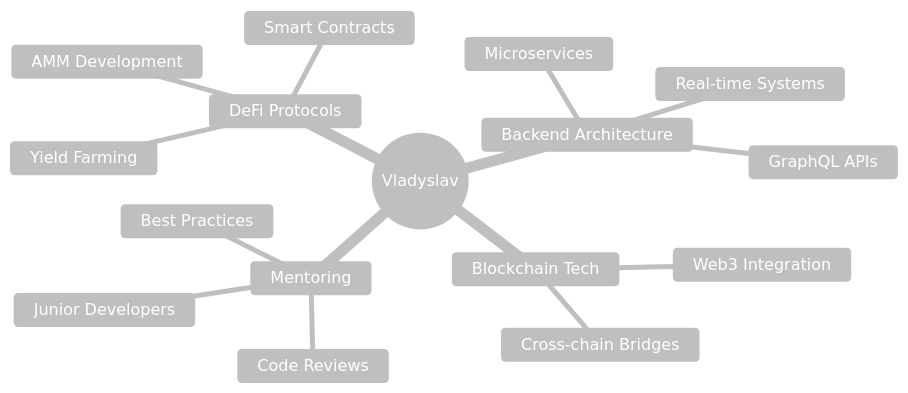
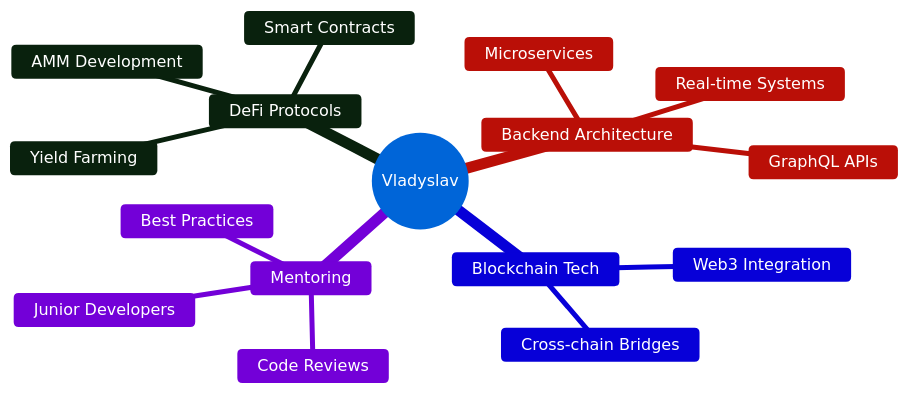
The diagram in README.md (Aciila/Aciila), drawn with Mermaid before and after one commit.

````diff
--- a/README.md
+++ b/README.md
@@ -111,20 +111,20 @@
 ```mermaid
-%%{init: {'theme':'base', 'themeVariables': { 'primaryColor': '#ffffff', 'primaryTextColor': '#ffffff', 'primaryBorderColor': '#ffffff', 'lineColor': '#ffffff', 'sectionBkgColor': '#1a1a1a', 'altSectionBkgColor': '#2a2a2a', 'gridColor': '#ffffff', 'textColor': '#ffffff', 'secondaryColor': '#ffffff', 'tertiaryColor': '#ffffff', 'background': '#0d1117', 'secondaryTextColor': '#ffffff'}}}%%
+%%{init: {'theme':'base', 'themeVariables': { 'primaryColor': '#58a6ff', 'primaryTextColor': '#ffffff', 'primaryBorderColor': '#30363d', 'lineColor': '#58a6ff', 'sectionBkgColor': '#21262d', 'altSectionBkgColor': '#30363d', 'gridColor': '#58a6ff', 'textColor': '#ffffff', 'secondaryColor': '#238636', 'tertiaryColor': '#f85149', 'background': '#0d1117', 'secondaryTextColor': '#ffffff', 'mainBkg': '#21262d', 'secondBkg': '#30363d', 'tertiaryBkg': '#161b22'}}}%%
 mindmap
   root((Vladyslav))
     DeFi Protocols
       Smart Contracts
       Yield Farming
       AMM Development
     Backend Architecture
       Microservices
       GraphQL APIs
       Real-time Systems
     Blockchain Tech
       Web3 Integration
       Cross-chain Bridges
     Mentoring
       Junior Developers
       Code Reviews
       Best Practices
 ```
````
